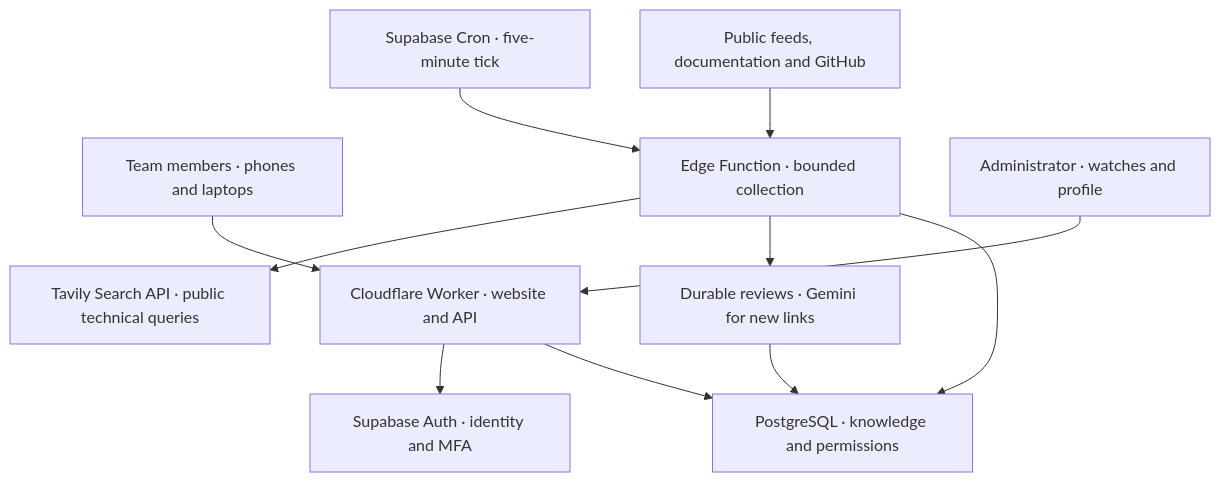
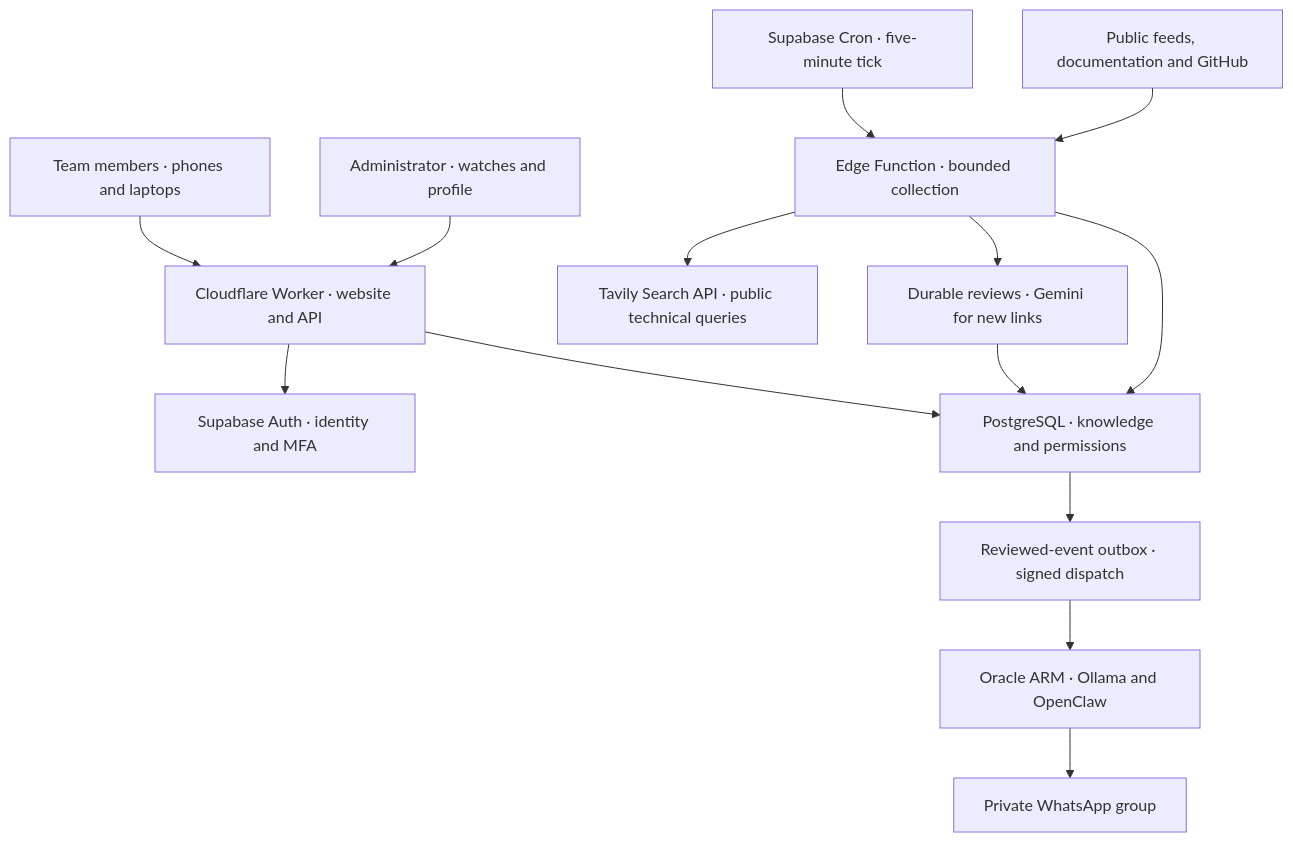
The first of 2 diagrams in README.md (Idoheled/StackSignal), drawn with Mermaid before and after one commit. The commit also changed other lines of this file and 96 other files, not shown here.

First line of the commit message:
Ship WhatsApp registration, new-link alerts and group-only Columbus (#4)

````diff
--- a/README.md
+++ b/README.md
@@ -67,13 +67,16 @@
 ```mermaid
 flowchart TD
   Team["Team members · phones and laptops"] --> Web["Cloudflare Worker · website and API"]
   Web --> Auth["Supabase Auth · identity and MFA"]
   Web --> Data["PostgreSQL · knowledge and permissions"]
   Schedule["Supabase Cron · five-minute tick"] --> Collector["Edge Function · bounded collection"]
   Public["Public feeds, documentation and GitHub"] --> Collector
   Collector --> Search["Tavily Search API · public technical queries"]
   Collector --> Review["Durable reviews · Gemini for new links"]
   Review --> Data
   Collector --> Data
+  Data --> Outbox["Reviewed-event outbox · signed dispatch"]
+  Outbox --> Bot["Oracle ARM · Ollama and OpenClaw"]
+  Bot --> Group["Private WhatsApp group"]
   Admin["Administrator · watches and profile"] --> Web
 ```
````
